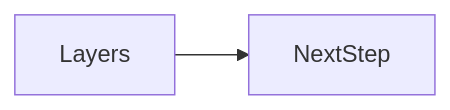
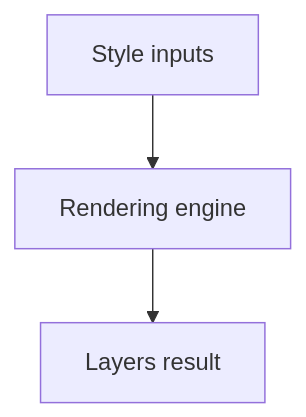
The second of 2 diagrams in docs/en/05-css/layers/index.md (OmidJavaherii/Frontend-Engineering-Handbook), drawn with Mermaid before and after one commit. The commit also changed other lines of this file and 461 other files, not shown here.

````diff
--- a/docs/en/05-css/layers/index.md
+++ b/docs/en/05-css/layers/index.md
@@ -94,4 +108,5 @@
 ```mermaid
-flowchart LR
-  concept[Layers] --> nextStep[NextStep]
+flowchart TD
+  Input[Style inputs] --> Engine[Rendering engine]
+  Engine --> Out[Layers result]
 ```
````
